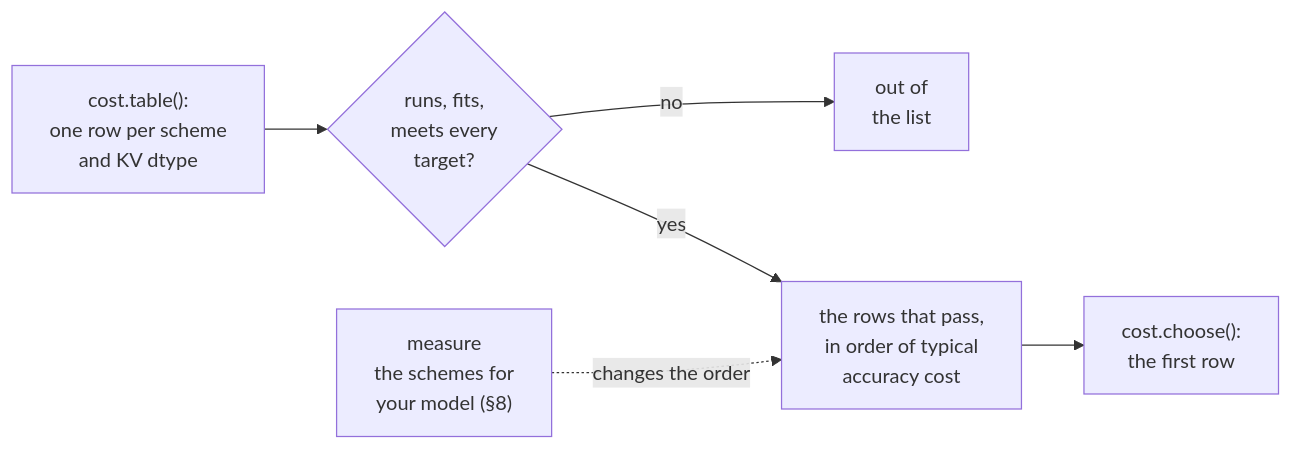
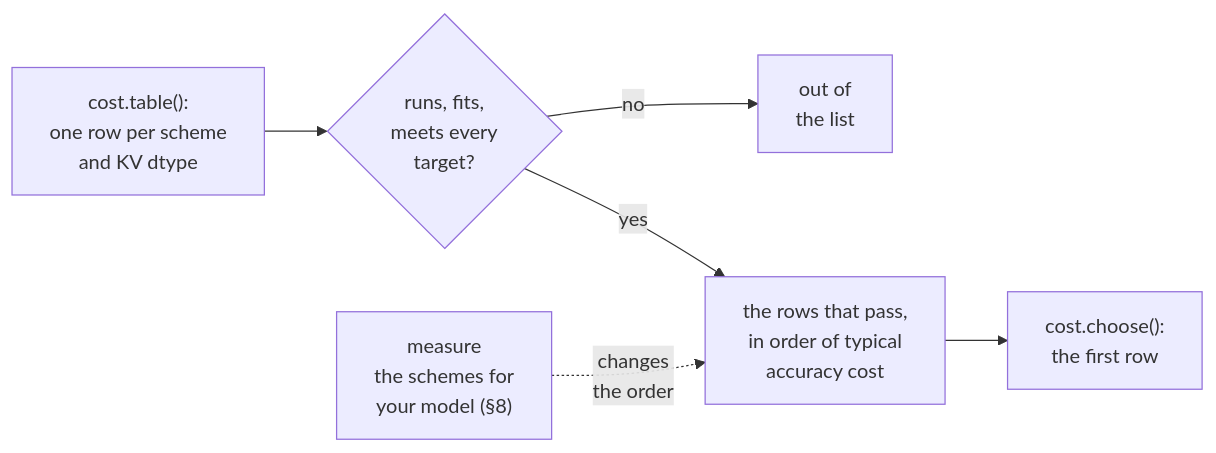
One commit to aniryou/full-stack-agentic-engineer changed the third of 3 diagrams in 04-inference-engine/quantization/PRIMER.md. Above: the diagram before and after it, drawn with Mermaid. The commit also changed other lines of this file and 12 other files, not shown here.

First line of the commit message:
WIP snapshot: the figure round (charts, improvements, additions) in progress (2026-10-30T17:49:29Z); not validated [skip ci]

````diff
--- a/04-inference-engine/quantization/PRIMER.md
+++ b/04-inference-engine/quantization/PRIMER.md
@@ -887,8 +887,8 @@
 ```mermaid
 flowchart LR
   T["cost.table():<br/>one row per scheme<br/>and KV dtype"] --> A{"runs, fits,<br/>meets every<br/>target?"}
   A -->|"no"| X["out of<br/>the list"]
   A -->|"yes"| O["the rows that pass,<br/>in order of typical<br/>accuracy cost"]
-  M["measure<br/>the schemes for<br/>your model (§8)"] -.->|"changes the order"| O
+  M["measure<br/>the schemes for<br/>your model (§8)"] -.->|"changes<br/>the order"| O
   O --> C["cost.choose():<br/>the first row"]
 ```
````
